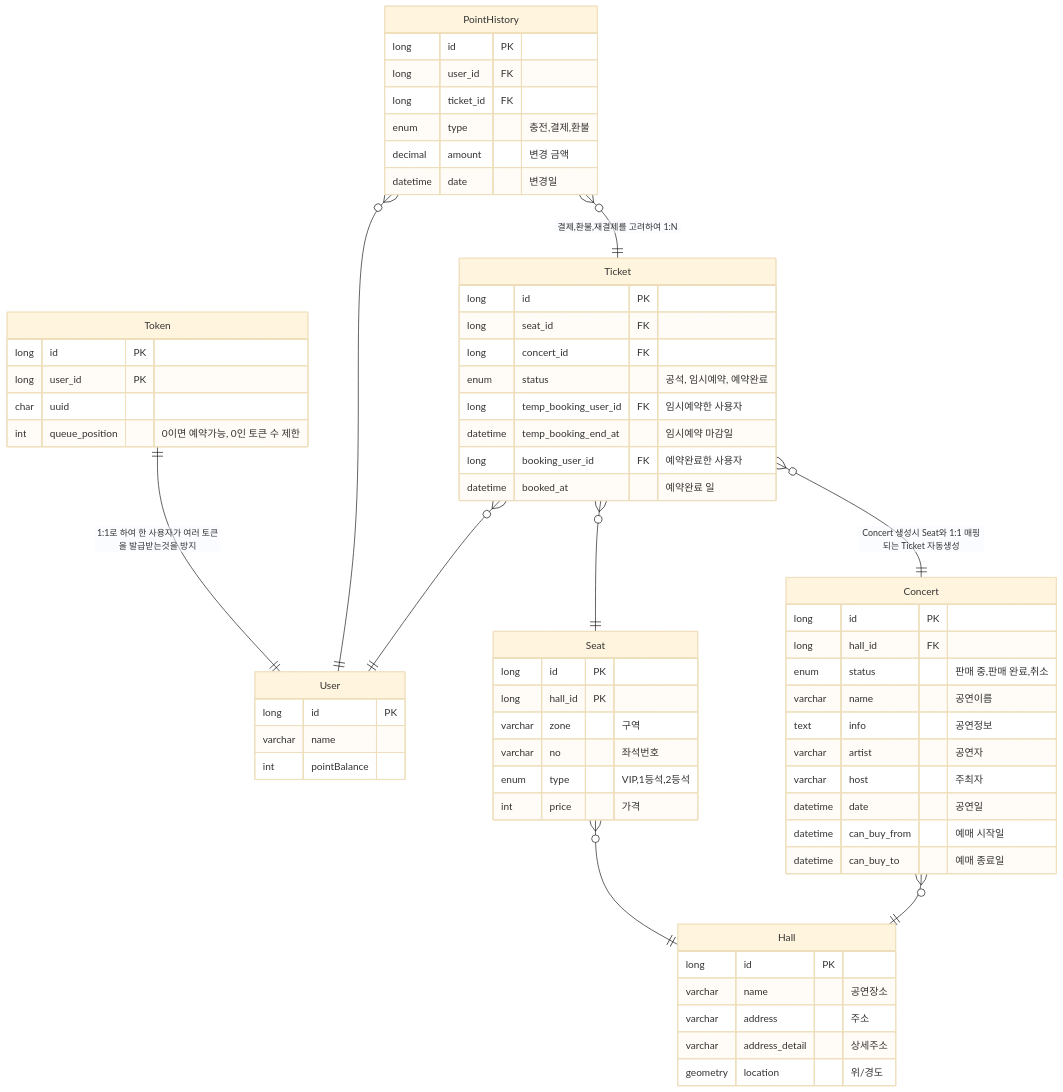
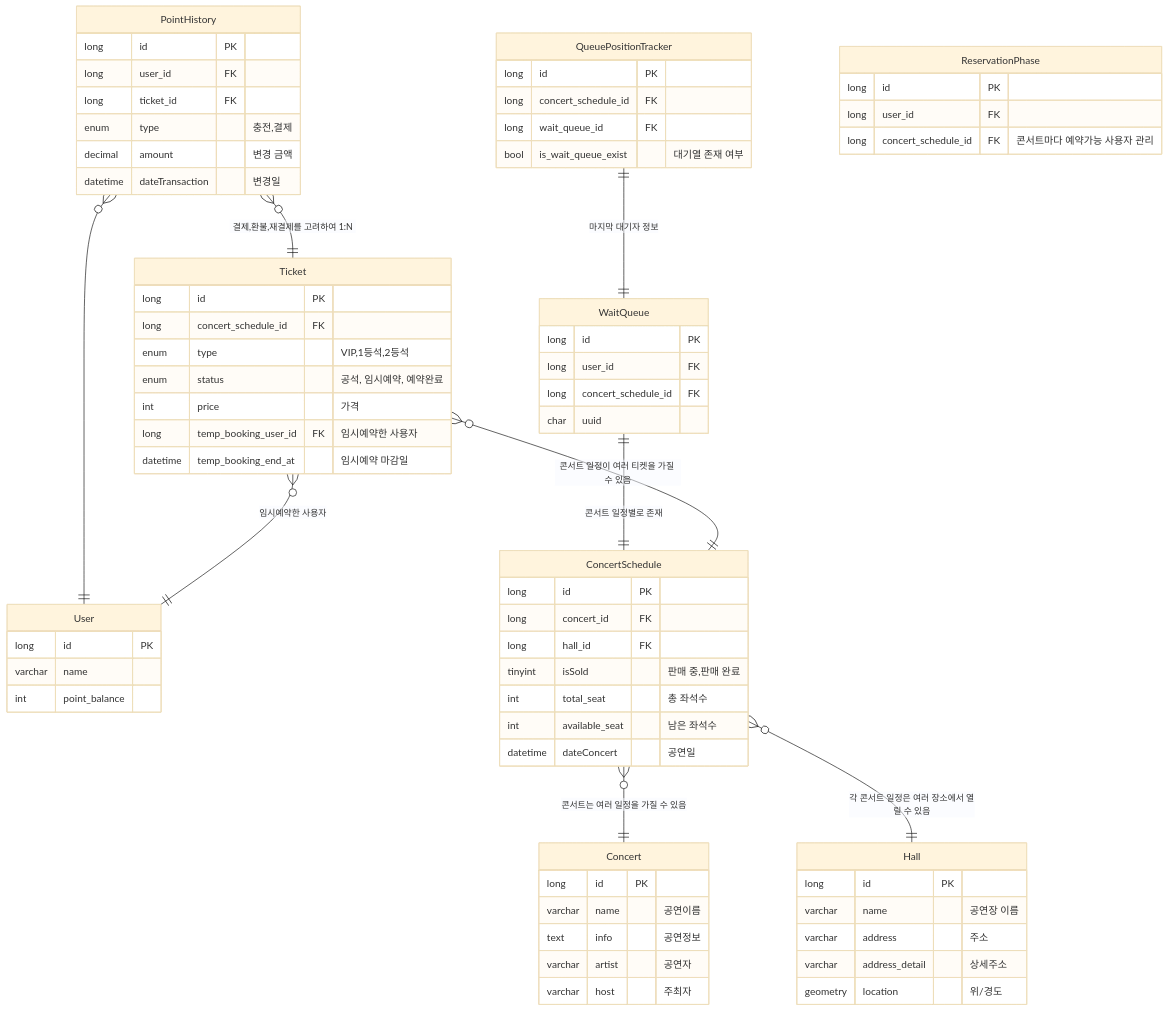
The diagram in doc/erd.md (chawchaw/concert), drawn with Mermaid (base theme) before and after one commit. The commit also changed other lines of this file and 22 other files, not shown here.

Commit message:
ERD 변경으로 인한 대기열 관련 테이블 필드 변경 - WaitQueue.concertId -> concertScheduleId - QueuePositionTracker.concertId -> concertScheduleId - QueuePositionTracker.waitingUserId -> waitQueueId - ReservationPhase.concertId -> concertScheduleId

````diff
--- a/doc/erd.md
+++ b/doc/erd.md
@@ -10,74 +32,82 @@
 ```mermaid
 erDiagram
     User {
         long id PK
         varchar name
-        int pointBalance
+        int point_balance
+    }
+
+    PointHistory {
+        long id PK
+        long user_id FK
+        long ticket_id FK
+        enum type "충전,결제"
+        decimal amount "변경 금액"
+        datetime dateTransaction "변경일"
+    }
+    PointHistory }o--|| User : ""
+    PointHistory }o--|| Ticket : "결제,환불,재결제를 고려하여 1:N"
+
+    WaitQueue {
+        long id PK
+        long user_id FK
+        long concert_schedule_id FK
+        char uuid
+    }
+    WaitQueue ||--|| ConcertSchedule : "콘서트 일정별로 존재"
+
+    QueuePositionTracker {
+        long id PK
+        long concert_schedule_id FK
+        long wait_queue_id FK
+        bool is_wait_queue_exist "대기열 존재 여부"
+    }
+    QueuePositionTracker ||--|| WaitQueue : "마지막 대기자 정보"
+
+    ReservationPhase {
+        long id PK
+        long user_id FK
+        long concert_schedule_id FK "콘서트마다 예약가능 사용자 관리"
     }
 
     Hall {
         long id PK
-        varchar name "공연장소"
+        varchar name "공연장 이름"
         varchar address "주소"
         varchar address_detail "상세주소"
         geometry location "위/경도"
     }
 
     Concert {
         long id PK
-        long hall_id FK
-        enum status "판매 중,판매 완료,취소"
         varchar name "공연이름"
         text info "공연정보"
         varchar artist "공연자"
         varchar host "주최자"
-        datetime date "공연일"
-        datetime can_buy_from "예매 시작일"
-        datetime can_buy_to "예매 종료일"
     }
-    Concert }o--|| Hall : ""
 
-    Seat {
+    ConcertSchedule {
         long id PK
-        long hall_id PK
-        varchar zone "구역"
-        varchar no "좌석번호"
-        enum type "VIP,1등석,2등석"
-        int price "가격"
+        long concert_id FK
+        long hall_id FK
+        tinyint isSold "판매 중,판매 완료"
+        int total_seat "총 좌석수"
+        int available_seat "남은 좌석수"
+        datetime dateConcert "공연일"
     }
-    Seat }o--|| Hall : ""
+    ConcertSchedule }o--|| Concert : "콘서트는 여러 일정을 가질 수 있음"
+    ConcertSchedule }o--|| Hall : "각 콘서트 일정은 여러 장소에서 열릴 수 있음"
 
     Ticket {
         long id PK
-        long seat_id FK
-        long concert_id FK
+        long concert_schedule_id FK
+        enum type "VIP,1등석,2등석"
         enum status "공석, 임시예약, 예약완료"
+        int price "가격"
         long temp_booking_user_id FK "임시예약한 사용자"
         datetime temp_booking_end_at "임시예약 마감일"
-        long booking_user_id FK "예약완료한 사용자"
-        datetime booked_at "예약완료 일"
     }
-    Ticket }o--|| Seat : ""
-    Ticket }o--|| Concert : "Concert 생성시 Seat와 1:1 매핑되는 Ticket 자동생성"
-    Ticket }o--|| User : ""
-
-    PointHistory {
-        long id PK
-        long user_id FK
-        long ticket_id FK
-        enum type "충전,결제,환불"
-        decimal amount "변경 금액"
-        datetime date "변경일"
-    }
-    PointHistory }o--|| User : ""
-    PointHistory }o--|| Ticket : "결제,환불,재결제를 고려하여 1:N"
-
-    Token {
-        long id PK
-        long user_id PK
-        char uuid
-        int queue_position "0이면 예약가능, 0인 토큰 수 제한"
-    }
-    Token ||--|| User : "1:1로 하여 한 사용자가 여러 토큰을 발급받는것을 방지"
+    Ticket }o--|| ConcertSchedule : "콘서트 일정이 여러 티켓을 가질 수 있음"
+    Ticket }o--|| User : "임시예약한 사용자"
 
 ```
````
